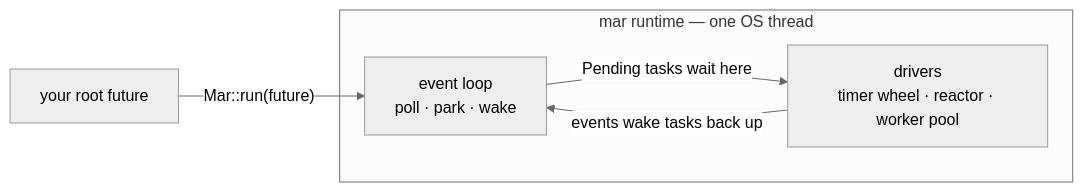
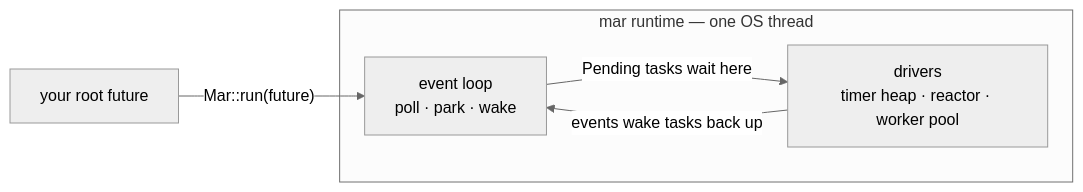
Before and after one commit to paulpeters144/mini-async-runtime: the diagram in README.md, drawn with Mermaid (neutral theme). The commit also changed 8 other files, not shown here.

````diff
--- a/README.md
+++ b/README.md
@@ -14,11 +14,11 @@
 ```mermaid
 flowchart LR
     Root["your root future"] -->|"Mar::run(future)"| Loop
 
     subgraph Mar["mar runtime — one OS thread"]
         Loop["event loop<br/>poll · park · wake"]
-        Drivers["drivers<br/>timer wheel · reactor · worker pool"]
+        Drivers["drivers<br/>timer heap · reactor · worker pool"]
         Loop -->|"Pending tasks wait here"| Drivers
         Drivers -->|"events wake tasks back up"| Loop
     end
 ```
````
